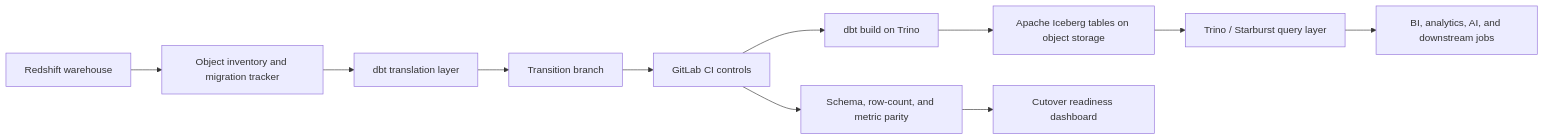
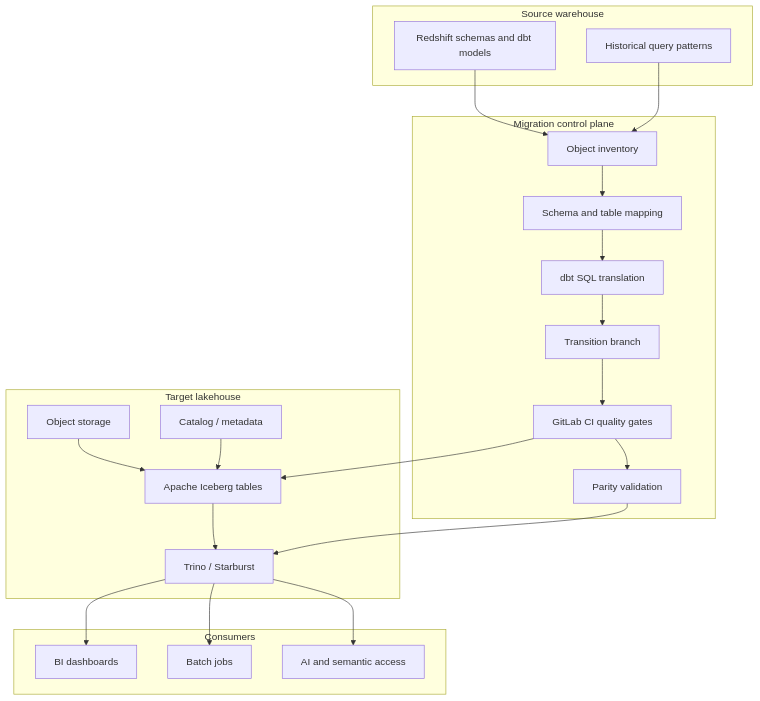
One commit to dymytryo/warehouse-to-lakehouse-migration changed the diagram in README.md. Above: the diagram before and after it, drawn with Mermaid. The commit also changed other lines of this file and 2 other files, not shown here.

Commit message:
Promote technical migration deep dive to README

````diff
--- a/README.md
+++ b/README.md
@@ -27,14 +26,45 @@
 ```mermaid
-flowchart LR
-    A[Redshift warehouse] --> B[Object inventory and migration tracker]
-    B --> C[dbt translation layer]
-    C --> D[Transition branch]
-    D --> E[GitLab CI controls]
-    E --> F[dbt build on Trino]
-    F --> G[Apache Iceberg tables on object storage]
-    G --> H[Trino / Starburst query layer]
-    H --> I[BI, analytics, AI, and downstream jobs]
+flowchart TB
+    subgraph Source["Source warehouse"]
+        RS[Redshift schemas and dbt models]
+        RSQ[Historical query patterns]
+    end
 
-    E --> J[Schema, row-count, and metric parity]
-    J --> K[Cutover readiness dashboard]
+    subgraph Migration["Migration control plane"]
+        INV[Object inventory]
+        MAP[Schema and table mapping]
+        TRANS[dbt SQL translation]
+        BRANCH[Transition branch]
+        CI[GitLab CI quality gates]
+        PARITY[Parity validation]
+    end
+
+    subgraph Lakehouse["Target lakehouse"]
+        S3[Object storage]
+        ICE[Apache Iceberg tables]
+        CAT[Catalog / metadata]
+        TRINO[Trino / Starburst]
+    end
+
+    subgraph Consumers["Consumers"]
+        BI[BI dashboards]
+        JOBS[Batch jobs]
+        AI[AI and semantic access]
+    end
+
+    RS --> INV
+    RSQ --> INV
+    INV --> MAP
+    MAP --> TRANS
+    TRANS --> BRANCH
+    BRANCH --> CI
+    CI --> ICE
+    S3 --> ICE
+    CAT --> ICE
+    ICE --> TRINO
+    TRINO --> BI
+    TRINO --> JOBS
+    TRINO --> AI
+    CI --> PARITY
+    PARITY --> TRINO
 ```
````
